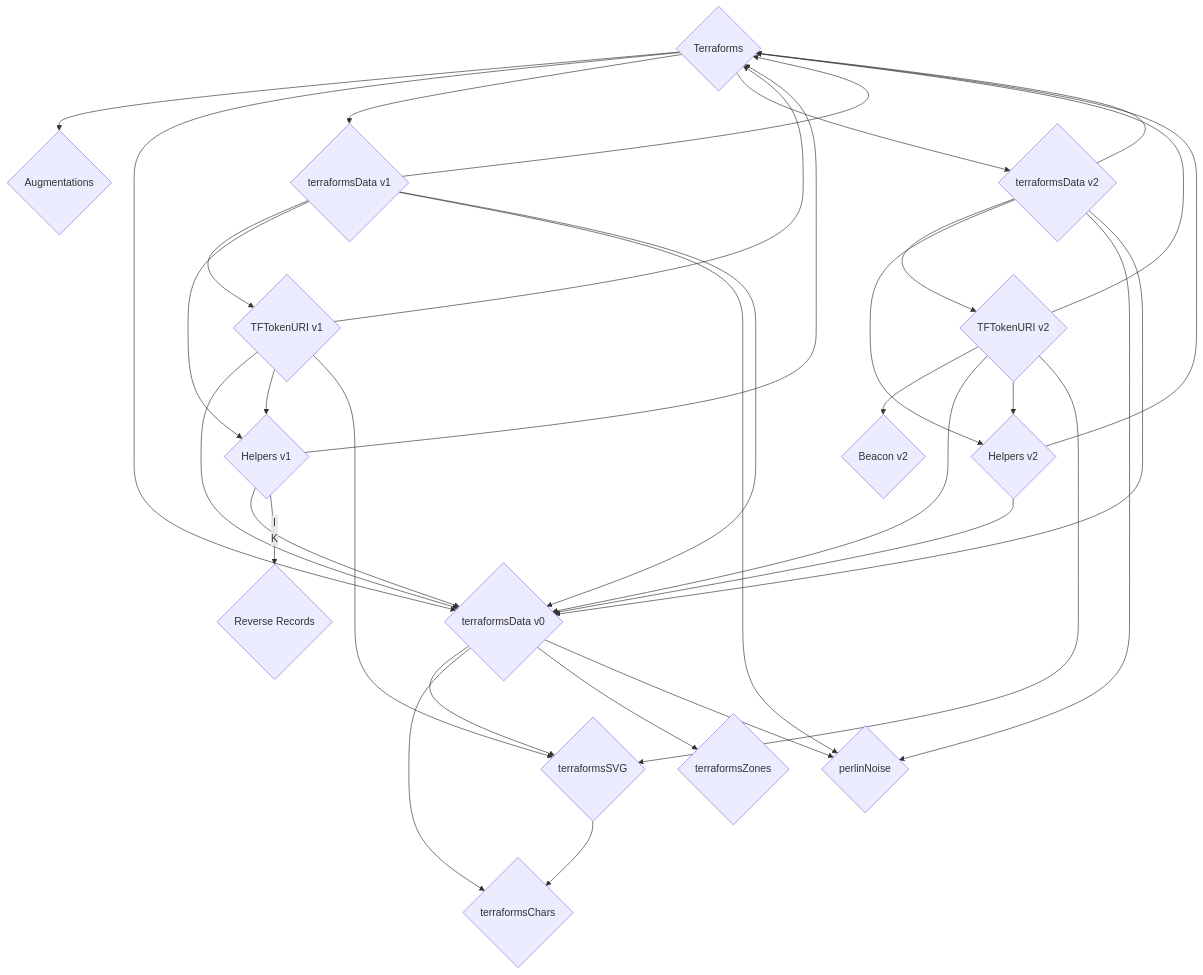
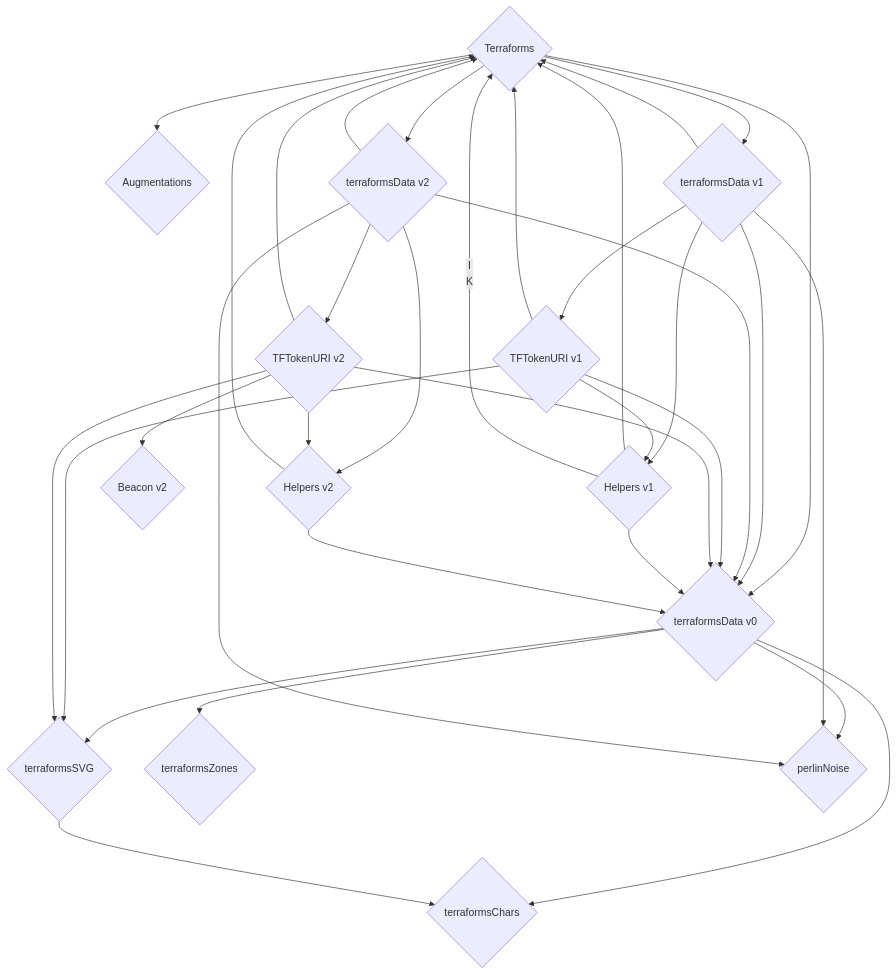
One commit to thebadcc/terraform-docs changed the first of 2 diagrams in contracts/Terraforms.md. Above: the diagram before and after it, drawn with Mermaid.

````diff
--- a/contracts/Terraforms.md
+++ b/contracts/Terraforms.md
@@ -20,37 +20,37 @@
 ```mermaid
 graph TD
     A{Terraforms} --> B{Augmentations}
     A --> C{terraformsData v0}
     A --> D{terraformsData v1}
     A --> E{terraformsData v2}
     C --> F{terraformsSVG}
     C --> G{terraformsChars}
     C --> H{terraformsZones}
     C --> I{perlinNoise}
     D --> J{TFTokenURI v1}
     D --> K{Helpers v1}
     E --> L{TFTokenURI v2}
     E --> M{Helpers v2}
     F --> G
     L --> N{Beacon v2}
     D --> A
     D --> I
     D --> C
     E --> A
     E --> I
     E --> C
     J --> C
     J --> A
     J --> K
     J --> F
     L --> C
     L --> A
     L --> M
     L --> F
     K --> A
     K --> C
     K -- I
-    K --> O{Reverse Records}
+    K --> A
     M --> A
     M --> C
 ```
````
